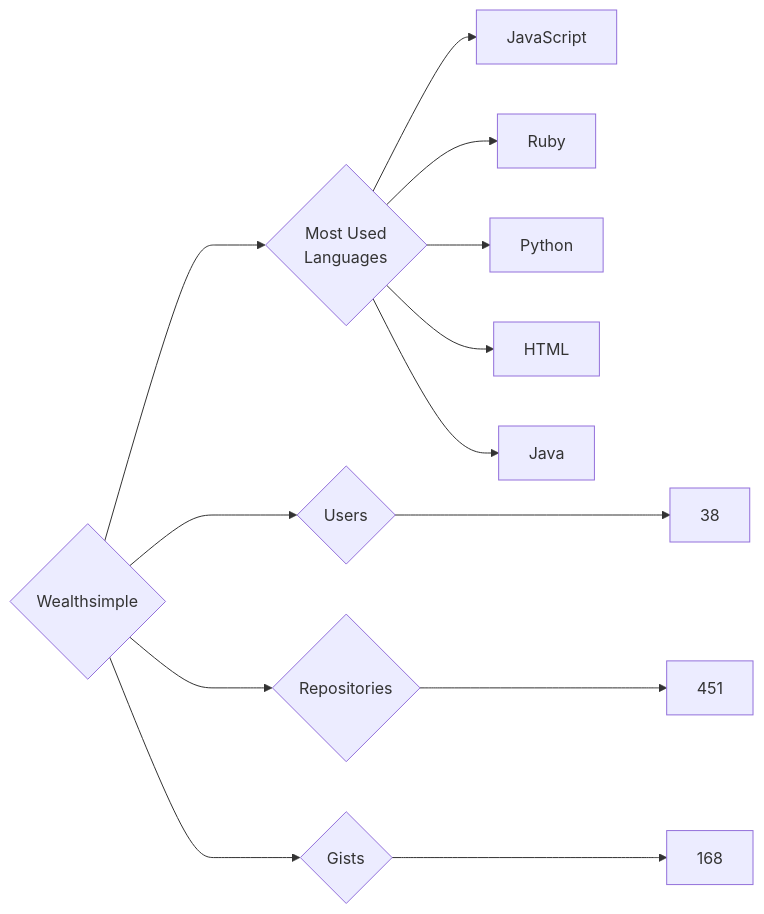
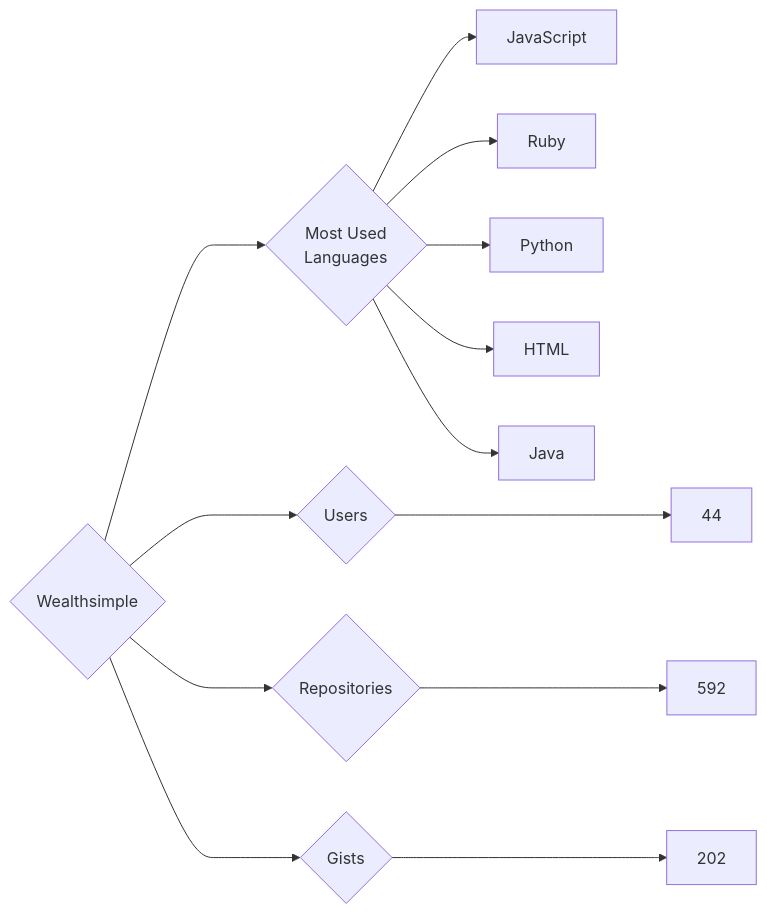
Before and after one commit to trickest/insiders: the diagram in targets/Wealthsimple/README.md, drawn with Mermaid. The commit also changed 787 other files, not shown here.

````diff
--- a/targets/Wealthsimple/README.md
+++ b/targets/Wealthsimple/README.md
@@ -3,13 +3,13 @@
 ```mermaid
 graph LR
 COMPANY_NAME{Wealthsimple}
-COMPANY_NAME ---> U{Users} ---> UN[38]
-COMPANY_NAME ---> R{Repositories} ---> RN[451]
-COMPANY_NAME ---> G{Gists} ---> GN[168]
+COMPANY_NAME ---> U{Users} ---> UN[44]
+COMPANY_NAME ---> R{Repositories} ---> RN[592]
+COMPANY_NAME ---> G{Gists} ---> GN[202]
 COMPANY_NAME ---> ML{Most Used<br>Languages}
 ML --> JavaScript[JavaScript]
 ML --> Ruby[Ruby]
 ML --> Python[Python]
 ML --> HTML[HTML]
 ML --> Java[Java]
 ```
````
